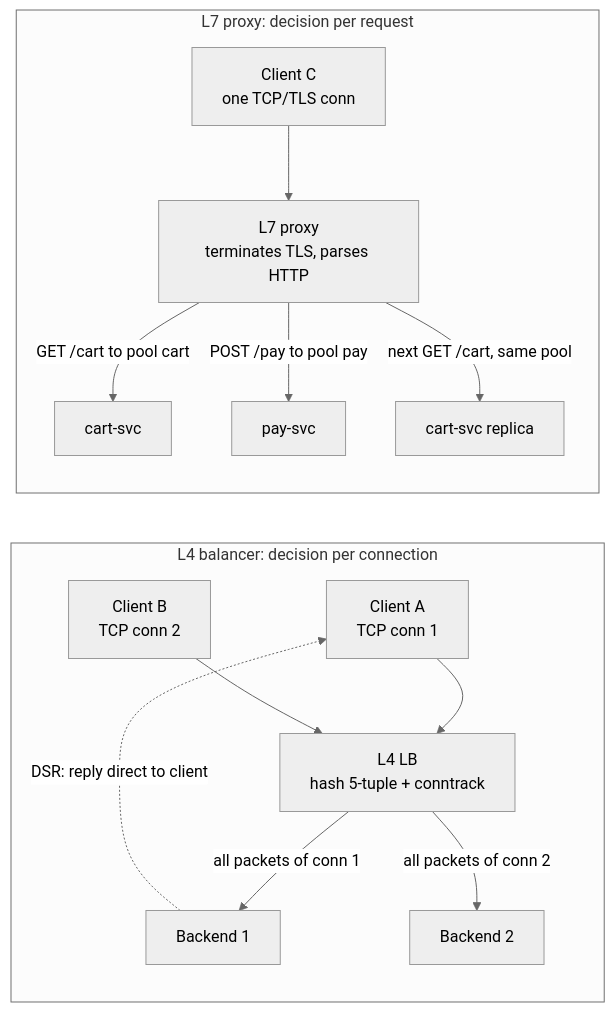
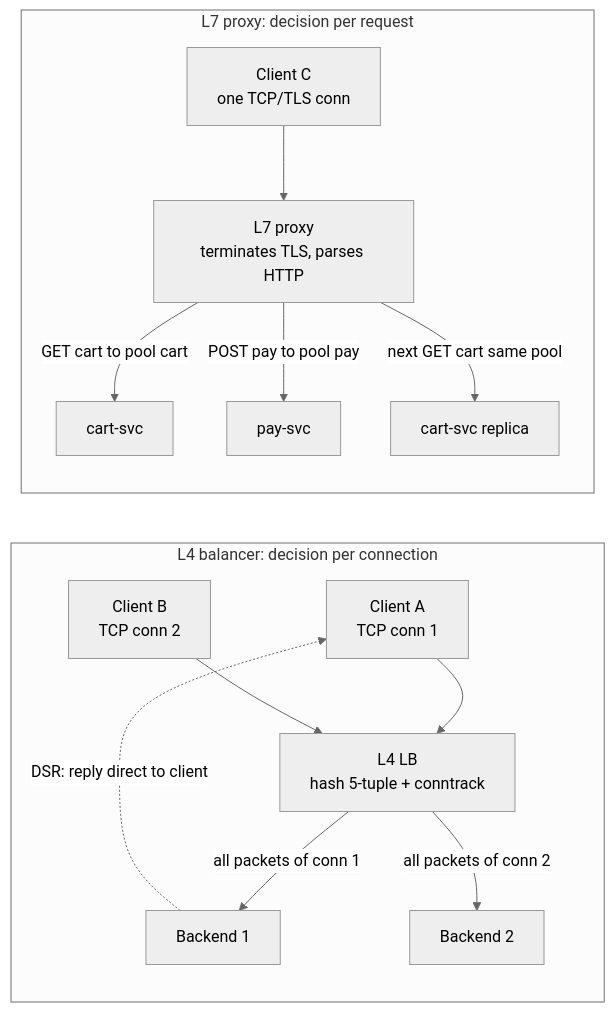
One commit to bumbsclaw/textbooks changed the first of 7 diagrams in vol-03-networking/ch09-load-balancing.md. Above: the diagram before and after it, drawn with Mermaid (neutral theme). The commit also changed other lines of this file and 173 other files, not shown here.

First line of the commit message:
fix(mermaid): close note brackets, semicolons in Notes, stateDiagram br -> dash, edge parens

````diff
--- a/vol-03-networking/ch09-load-balancing.md
+++ b/vol-03-networking/ch09-load-balancing.md
@@ -121,16 +121,16 @@
 ```mermaid
 flowchart LR
   subgraph L4["L4 balancer: decision per connection"]
     C1["Client A<br/>TCP conn 1"] --> LB4["L4 LB<br/>hash 5-tuple + conntrack"]
     LB4 -->|"all packets of conn 1"| B1["Backend 1"]
     C2["Client B<br/>TCP conn 2"] --> LB4
     LB4 -->|"all packets of conn 2"| B2["Backend 2"]
     B1 -.->|"DSR: reply direct to client"| C1
   end
   subgraph L7["L7 proxy: decision per request"]
     C3["Client C<br/>one TCP/TLS conn"] --> LB7["L7 proxy<br/>terminates TLS, parses HTTP"]
-    LB7 -->|"GET /cart to pool cart"| B3["cart-svc"]
-    LB7 -->|"POST /pay to pool pay"| B4["pay-svc"]
-    LB7 -->|"next GET /cart, same pool"| B5["cart-svc replica"]
+    LB7 -->|"GET cart to pool cart"| B3["cart-svc"]
+    LB7 -->|"POST pay to pool pay"| B4["pay-svc"]
+    LB7 -->|"next GET cart same pool"| B5["cart-svc replica"]
   end
 ```
````
